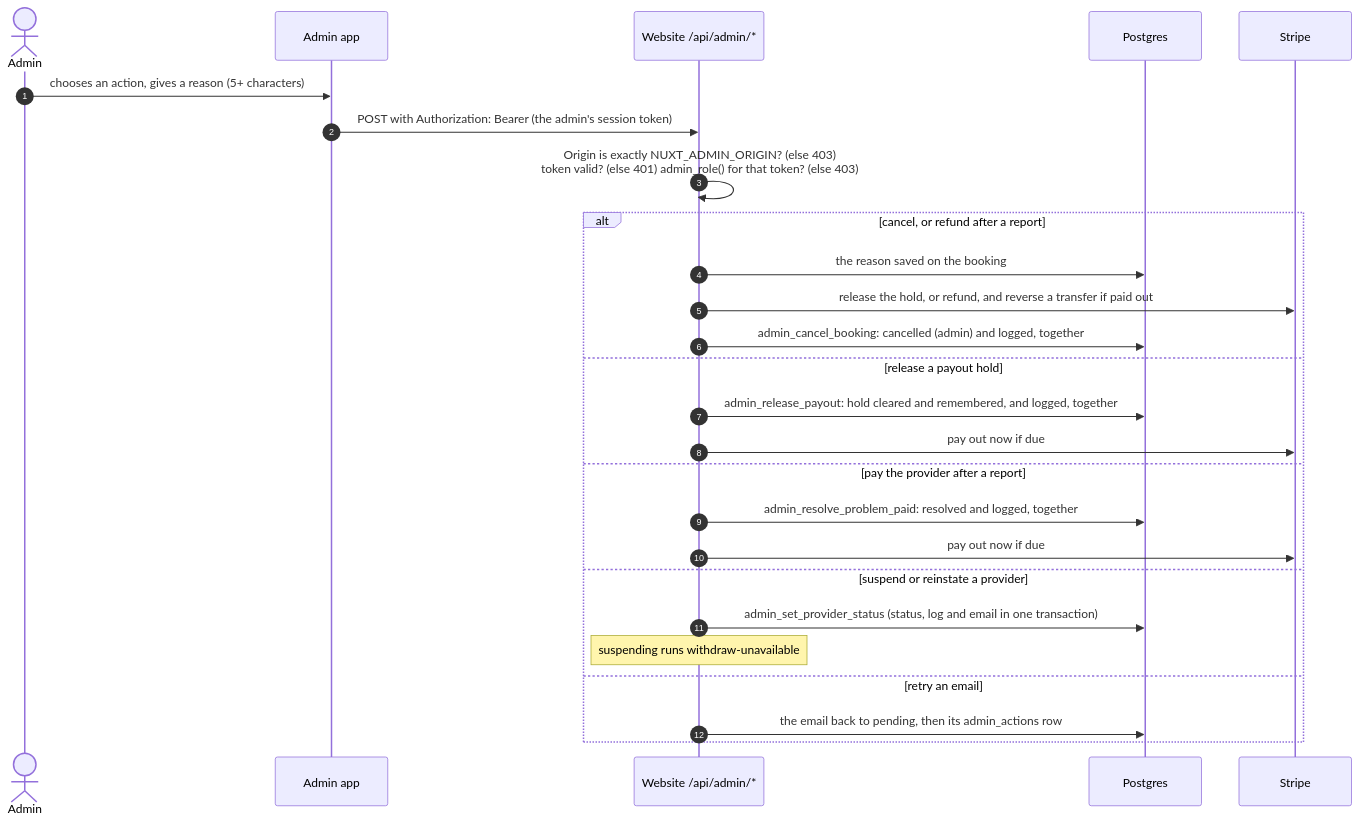
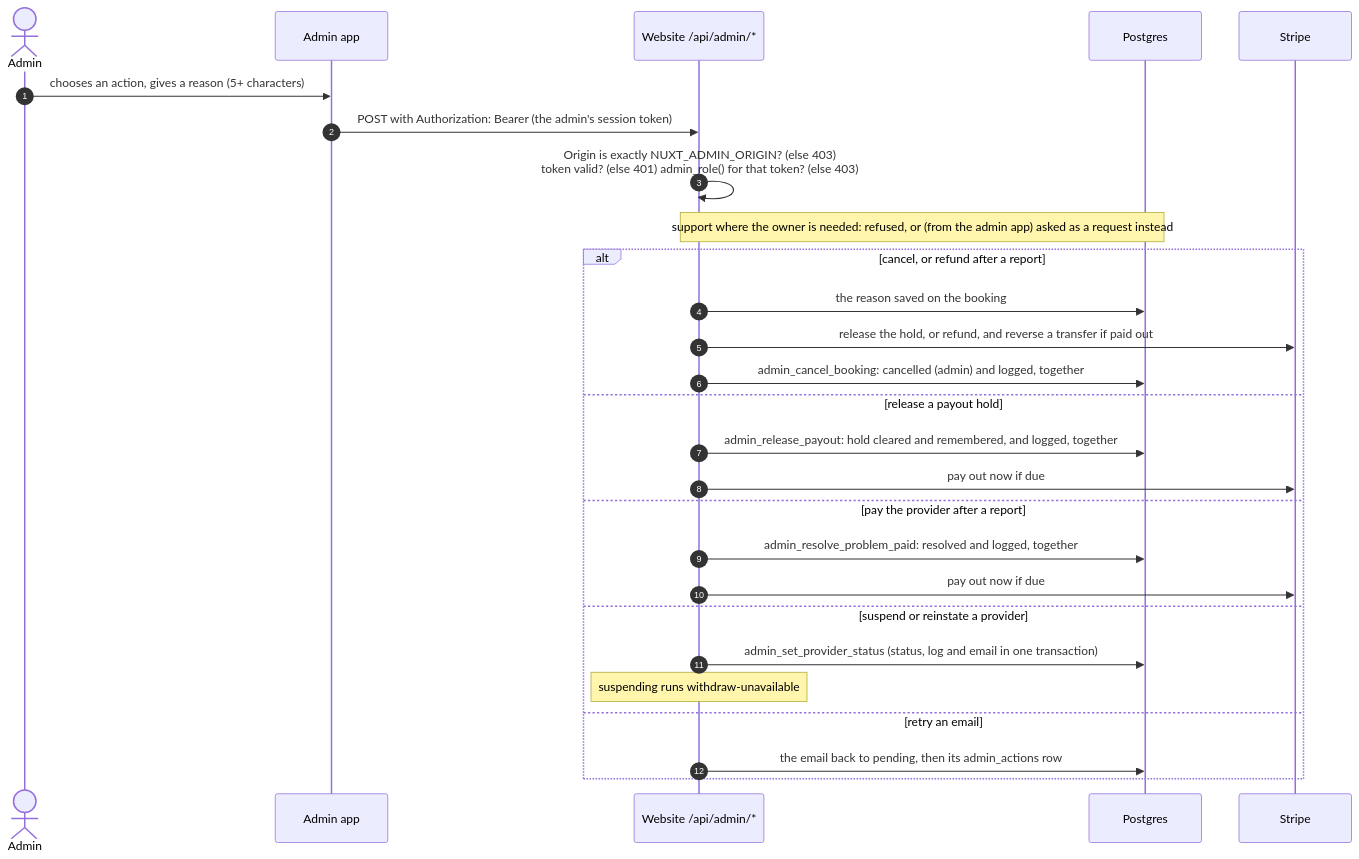
Before and after one commit to danielnedelcu/lokl: the eighth of 10 diagrams in docs/architecture/booking-and-payments.md, drawn with Mermaid. The commit also changed other lines of this file and 34 other files, not shown here.

````diff
--- a/docs/architecture/booking-and-payments.md
+++ b/docs/architecture/booking-and-payments.md
@@ -597,29 +597,30 @@
 ```mermaid
 sequenceDiagram
   autonumber
   actor A as Admin
   participant AA as Admin app
   participant W as Website /api/admin/*
   participant DB as Postgres
   participant S as Stripe
 
   A->>AA: chooses an action, gives a reason (5+ characters)
   AA->>W: POST with Authorization: Bearer (the admin's session token)
   W->>W: Origin is exactly NUXT_ADMIN_ORIGIN? (else 403)<br/>token valid? (else 401) admin_role() for that token? (else 403)
+  Note over W,DB: support where the owner is needed: refused, or (from the admin app) asked as a request instead
   alt cancel, or refund after a report
     W->>DB: the reason saved on the booking
     W->>S: release the hold, or refund, and reverse a transfer if paid out
     W->>DB: admin_cancel_booking: cancelled (admin) and logged, together
   else release a payout hold
     W->>DB: admin_release_payout: hold cleared and remembered, and logged, together
     W->>S: pay out now if due
   else pay the provider after a report
     W->>DB: admin_resolve_problem_paid: resolved and logged, together
     W->>S: pay out now if due
   else suspend or reinstate a provider
     W->>DB: admin_set_provider_status (status, log and email in one transaction)
     Note over W: suspending runs withdraw-unavailable
   else retry an email
     W->>DB: the email back to pending, then its admin_actions row
   end
 ```
````
